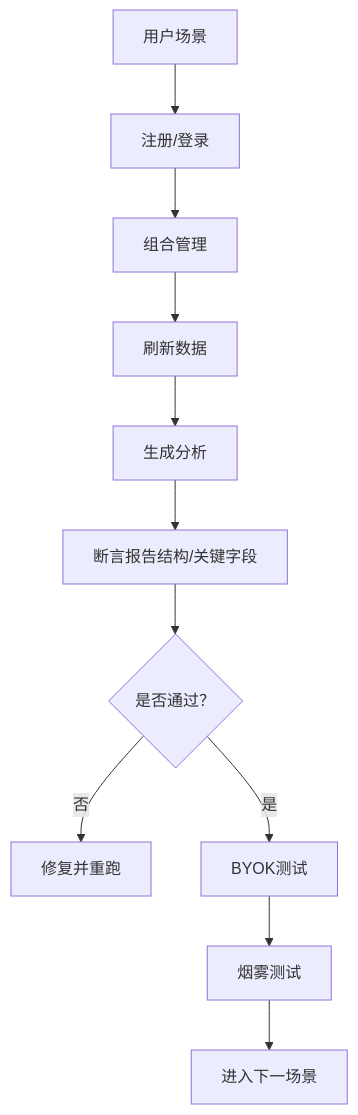
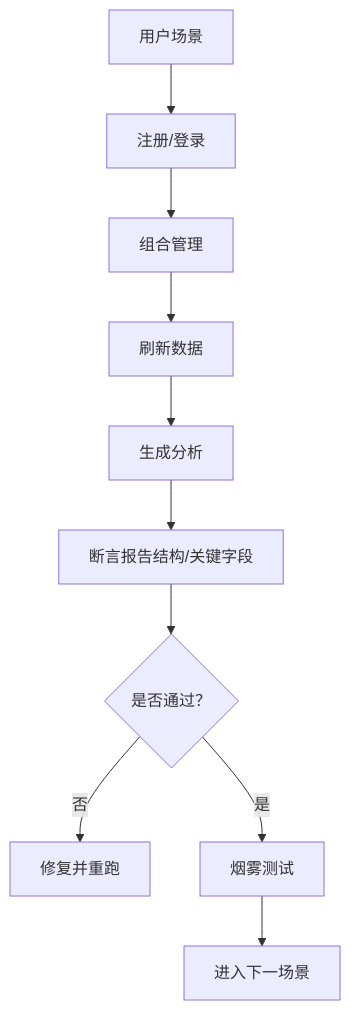
One commit to breeze-lyf/ai-stock-advisor changed the fourth of 5 diagrams in .qoder/repowiki/zh/content/测试策略/测试策略.md. Above: the diagram before and after it, drawn with Mermaid. The commit also changed other lines of this file and 11 other files, not shown here.

````diff
--- a/.qoder/repowiki/zh/content/测试策略/测试策略.md
+++ b/.qoder/repowiki/zh/content/测试策略/测试策略.md
@@ -223,13 +320,12 @@
 ```mermaid
 flowchart TD
 U["用户场景"] --> Reg["注册/登录"]
 Reg --> Port["组合管理"]
 Port --> Refresh["刷新数据"]
 Refresh --> Analyze["生成分析"]
 Analyze --> Report["断言报告结构/关键字段"]
 Report --> Loop{"是否通过？"}
 Loop --> |否| Fix["修复并重跑"]
-Loop --> |是| BYOK["BYOK测试"]
-BYOK --> Smoke["烟雾测试"]
+Loop --> |是| Smoke["烟雾测试"]
 Smoke --> Done["进入下一场景"]
 ```
````
